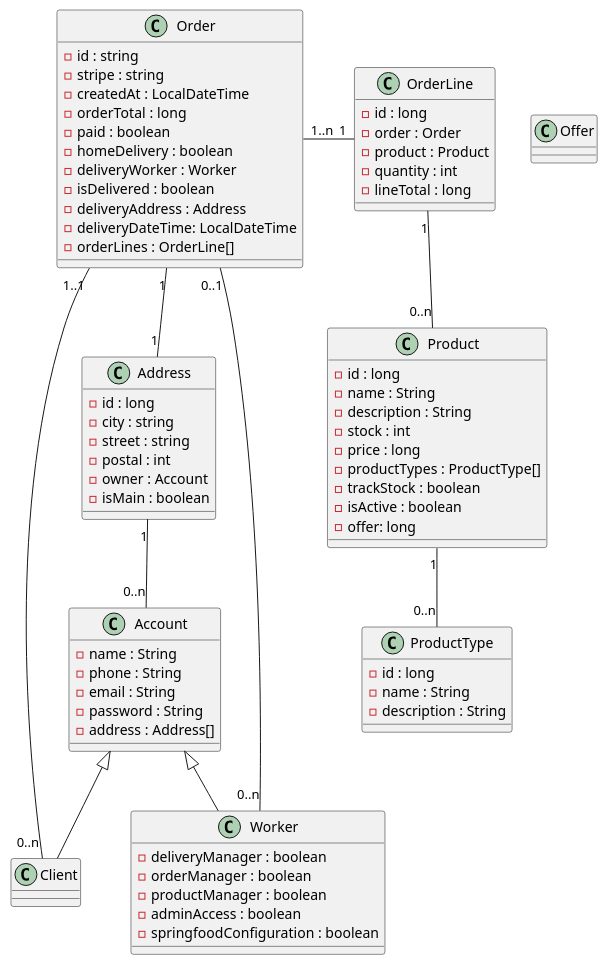
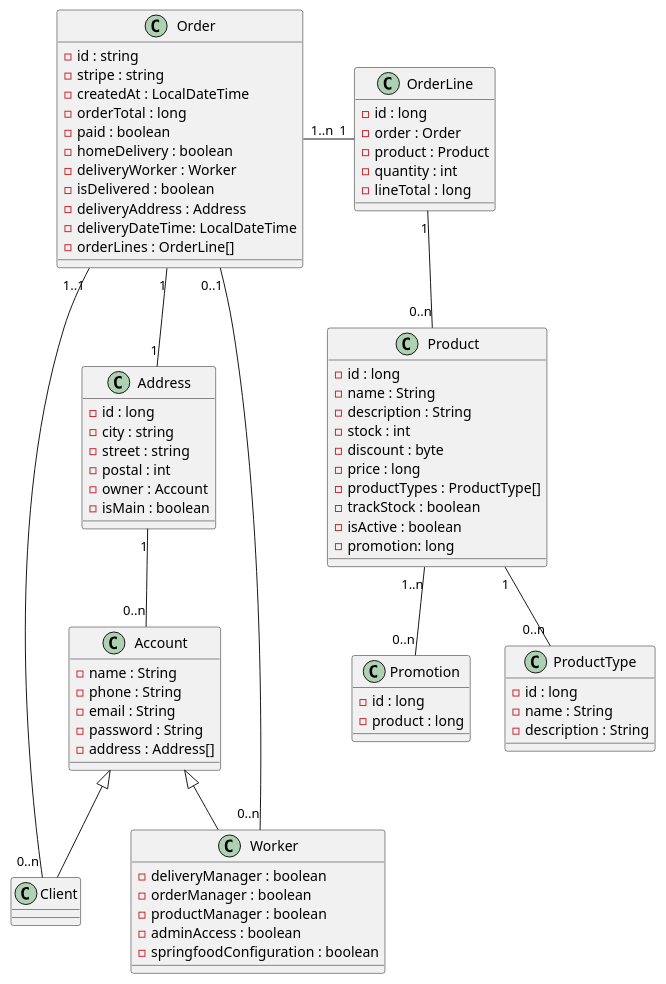
Before and after one commit to xaviqo/SpringFood3: the diagram in documents/class-diagram.wsd, drawn with PlantUML. The commit also changed 39 other files, not shown here.

```diff
--- a/documents/class-diagram.wsd
+++ b/documents/class-diagram.wsd
@@ -1,84 +1,87 @@
 @startuml SpringFood
 
 Address "1" -- "0..n" Account
 Address "1" -u- "1" Order
 Client "0..n" -- "1..1" Order
 Worker "0..n" --- "0..1" Order
 Order "1..n" -r- "1" OrderLine 
 OrderLine "1" -- "0..n" Product
 Product "1" -d- "0..n" ProductType
+Product "1..n" -d- "0..n" Promotion
 
 Class Address {
     - id : long
     - city : string
     - street : string
     - postal : int
     - owner : Account
     - isMain : boolean
 }
 
 Class Account {
     - name : String
     - phone : String
     - email : String
     - password : String
     - address : Address[]
 }
 
 Class Worker extends Account{
     - deliveryManager : boolean
     - orderManager : boolean
     - productManager : boolean
     - adminAccess : boolean
     - springfoodConfiguration : boolean
 }
 
 Class Client extends Account{
 
 }
 
 Class Order {
     - id : string
     - stripe : string
     - createdAt : LocalDateTime
     - orderTotal : long
     - paid : boolean
     - homeDelivery : boolean
     - deliveryWorker : Worker
     - isDelivered : boolean
     - deliveryAddress : Address
     - deliveryDateTime: LocalDateTime
     - orderLines : OrderLine[]
 }
 
 Class OrderLine {
     - id : long
     - order : Order
     - product : Product
     - quantity : int
     - lineTotal : long
 }
 
 Class Product {
     - id : long
     - name : String
     - description : String
     - stock : int
+    - discount : byte
     - price : long
     - productTypes : ProductType[]
     - trackStock : boolean
     - isActive : boolean
-    - offer: long
+    - promotion: long
 }
 
-Class Offer {
-    
+Class Promotion {
+    - id : long
+    - product : long
 }
 
 Class ProductType {
     - id : long
     - name : String
     - description : String
 }
 
 @enduml
```
